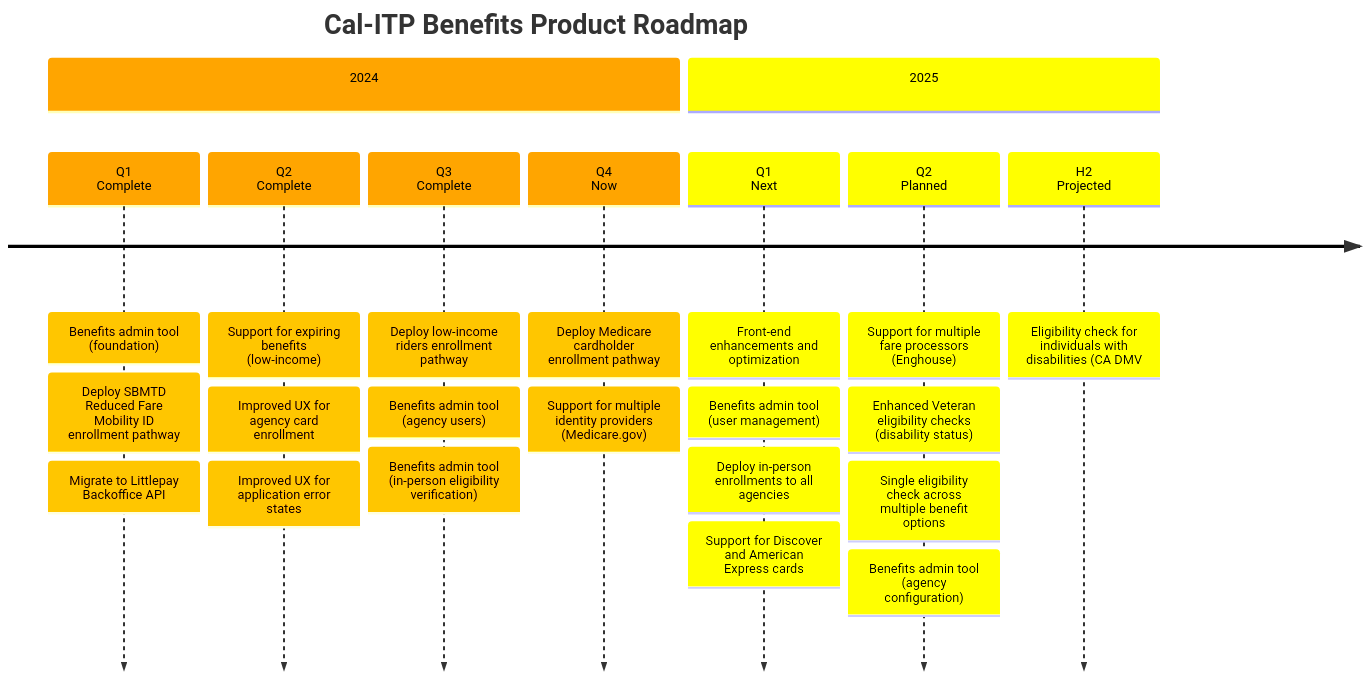
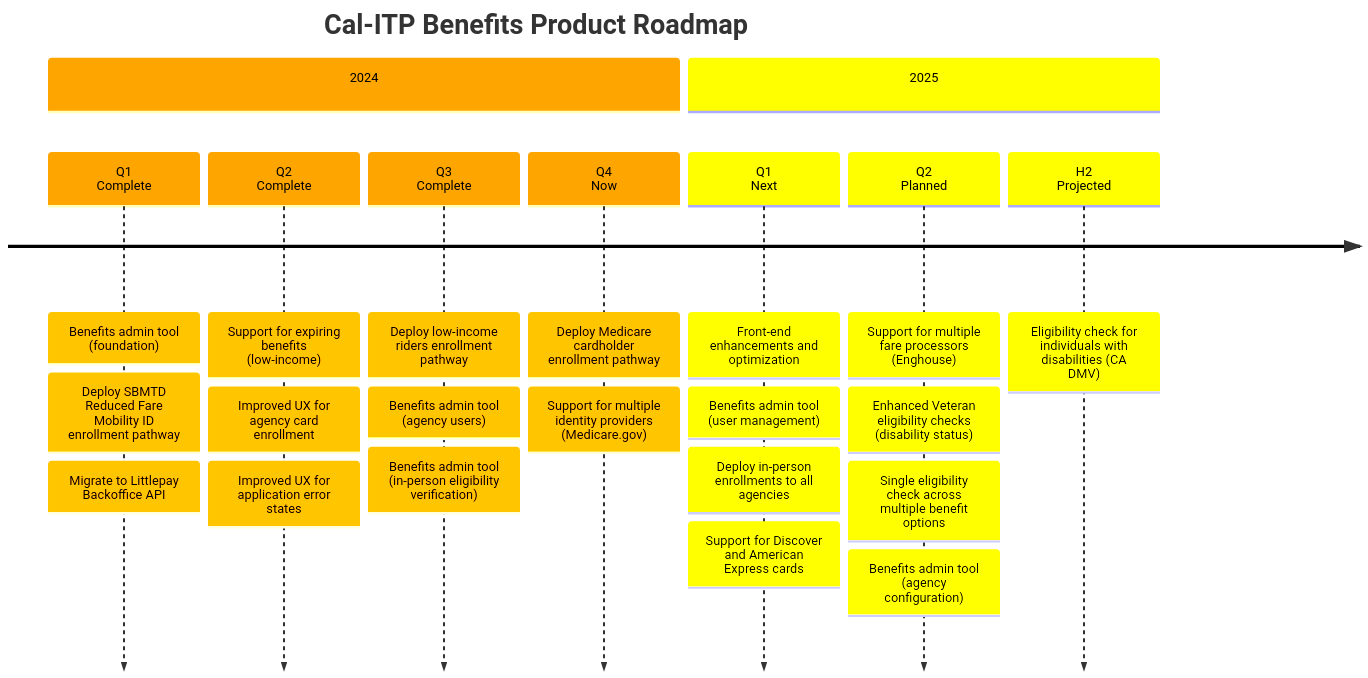
Before and after one commit to cal-itp/benefits: the diagram in docs/enrollment-pathways/README.md, drawn with Mermaid.

````diff
--- a/docs/enrollment-pathways/README.md
+++ b/docs/enrollment-pathways/README.md
@@ -19,60 +19,60 @@
 ```mermaid
 timeline
     title Cal-ITP Benefits Product Roadmap
 %% Cal-ITP Benefits Epics (2024)
           section 2024
 
           Q1<br>Complete
           : Benefits admin tool (foundation)
           : Deploy SBMTD Reduced Fare Mobility ID enrollment pathway
           : Migrate to Littlepay Backoffice API
 
           Q2<br>Complete
           : Support for expiring benefits (low-income)
           : Improved UX for agency card enrollment
           : Improved UX for application error states
 
           Q3<br>Complete
           : Deploy low-income riders enrollment pathway
           : Benefits admin tool (agency users)
           : Benefits admin tool (in-person eligibility verification)
 
           Q4<br>Now
           : Deploy Medicare cardholder enrollment pathway
           : Support for multiple identity providers (Medicare.gov)
 
 %% Cal-ITP Benefits Epics (2025)
           section 2025
 
           Q1<br>Next
         : Front-end enhancements and optimization
         : Benefits admin tool (user management)
         : Deploy in-person enrollments to all agencies
       %%: Deploy Connect Card enrollment pathway to SACOG agencies
         : Support for Discover and American Express cards
 
           Q2<br>Planned
         : Support for multiple fare processors (Enghouse)
         : Enhanced Veteran eligibility checks (disability status)
         : Single eligibility check across multiple benefit options
         : Benefits admin tool (agency configuration)
 
           H2<br>Projected
-        : Eligibility check for individuals with disabilities (CA DMV
+        : Eligibility check for individuals with disabilities (CA DMV)
 
 %%{
     init: {
         'logLevel': 'debug',
         'theme': 'default' ,
         'themeVariables': {
             'cScale0': '#ffa500', 'cScaleLabel0': '#000000',
             'cScale1': '#ffff00', 'cScaleLabel1': '#000000',
             'cScale2': '#ffff00', 'cScaleLabel2': '#000000',
             'cScale3': '#008000', 'cScaleLabel3': '#ffffff',
             'cScale4': '#0000ff', 'cScaleLabel4': '#ffffff',
             'cScale5': '#4b0082', 'cScaleLabel5': '#ffffff',
             'cScale6': '#000000', 'cScaleLabel6': '#ffffff'
         }
     }
 }%%
 ```
````
